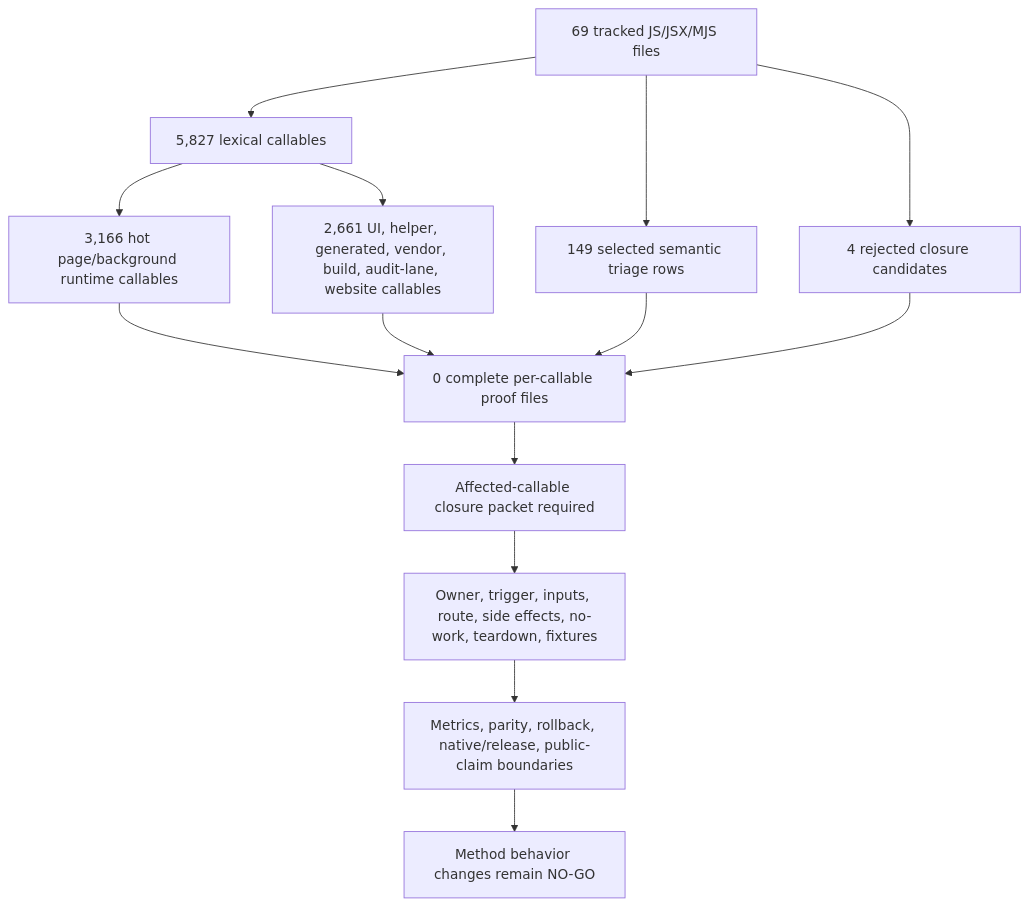
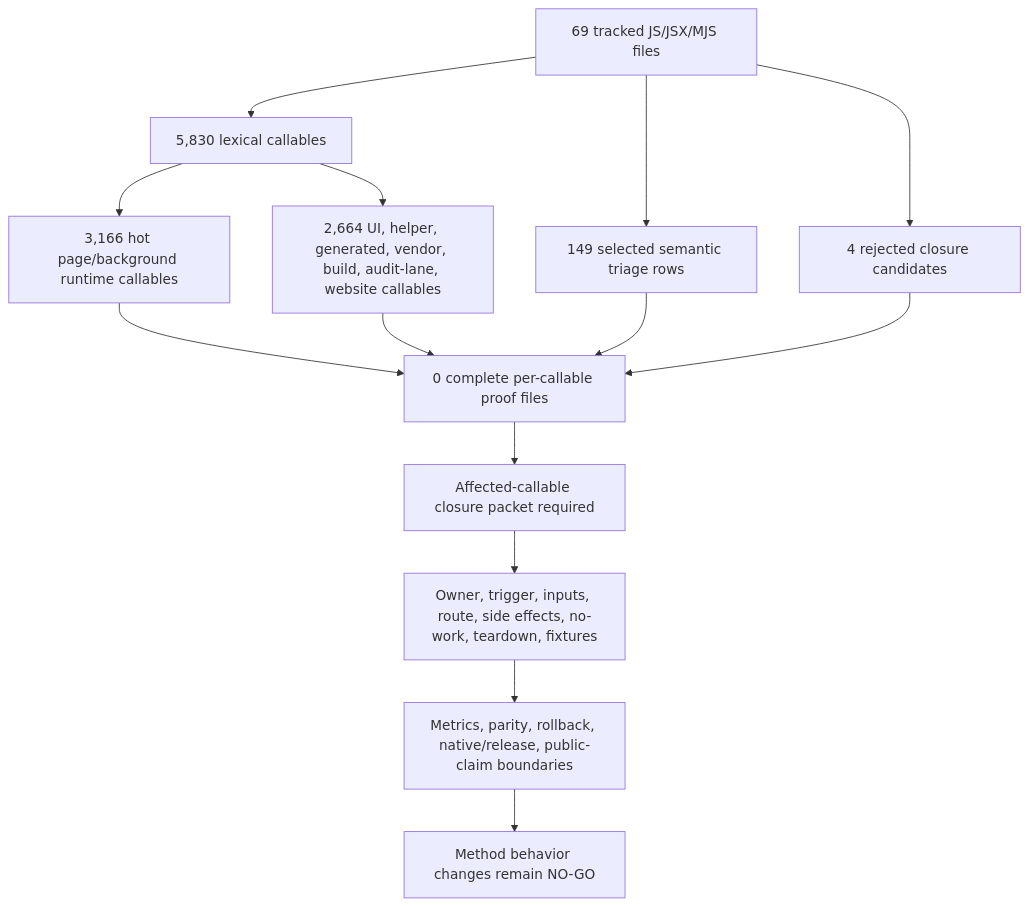
The first of 2 diagrams in docs/audit/FILTERTUBE_METHOD_SEMANTIC_PROOF_GAP_INDEX_CURRENT_BEHAVIOR_2026-05-25.md (varshneydevansh/FilterTube), drawn with Mermaid before and after one commit. The commit also changed other lines of this file and 613 other files, not shown here.

````diff
--- a/docs/audit/FILTERTUBE_METHOD_SEMANTIC_PROOF_GAP_INDEX_CURRENT_BEHAVIOR_2026-05-25.md
+++ b/docs/audit/FILTERTUBE_METHOD_SEMANTIC_PROOF_GAP_INDEX_CURRENT_BEHAVIOR_2026-05-25.md
@@ -130,16 +130,16 @@
 ```mermaid
 flowchart TD
-  A["69 tracked JS/JSX/MJS files"] --> B["5,827 lexical callables"]
+  A["69 tracked JS/JSX/MJS files"] --> B["5,830 lexical callables"]
   B --> C["3,166 hot page/background runtime callables"]
-  B --> D["2,661 UI, helper, generated, vendor, build, audit-lane, website callables"]
+  B --> D["2,664 UI, helper, generated, vendor, build, audit-lane, website callables"]
   A --> E["149 selected semantic triage rows"]
   A --> F["4 rejected closure candidates"]
   C --> G["0 complete per-callable proof files"]
   D --> G
   E --> G
   F --> G
   G --> H["Affected-callable closure packet required"]
   H --> I["Owner, trigger, inputs, route, side effects, no-work, teardown, fixtures"]
   I --> J["Metrics, parity, rollback, native/release, public-claim boundaries"]
   J --> K["Method behavior changes remain NO-GO"]
 ```
````
